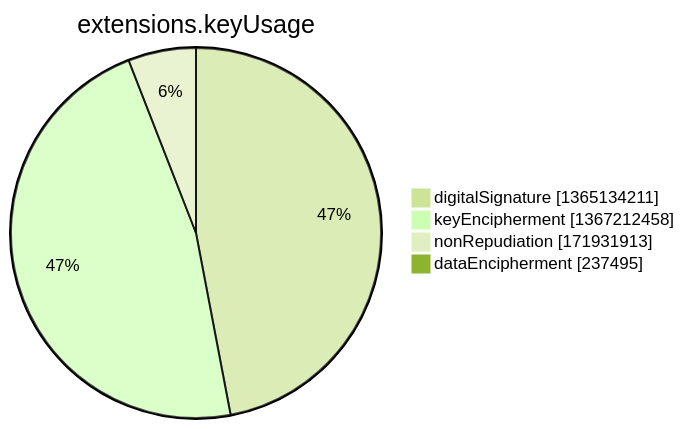
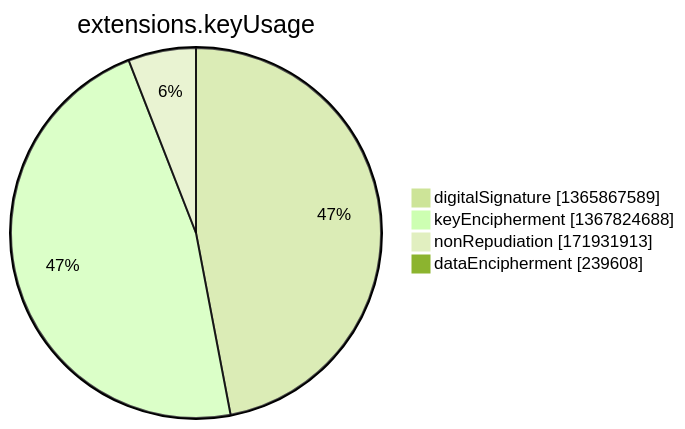
The seventh of 15 diagrams in argon2022/README.md (christiankrug/ctmonitor_visualization), drawn with Mermaid (forest theme) before and after one commit. The commit also changed other lines of this file, not shown here.

````diff
--- a/argon2022/README.md
+++ b/argon2022/README.md
@@ -2751,8 +2751,8 @@
 ```mermaid
 pie showData
 title extensions.keyUsage
-"digitalSignature" :1365134211
-"keyEncipherment" :1367212458
+"digitalSignature" :1365867589
+"keyEncipherment" :1367824688
 "nonRepudiation" :171931913
-"dataEncipherment" :237495
+"dataEncipherment" :239608
 ```
````
